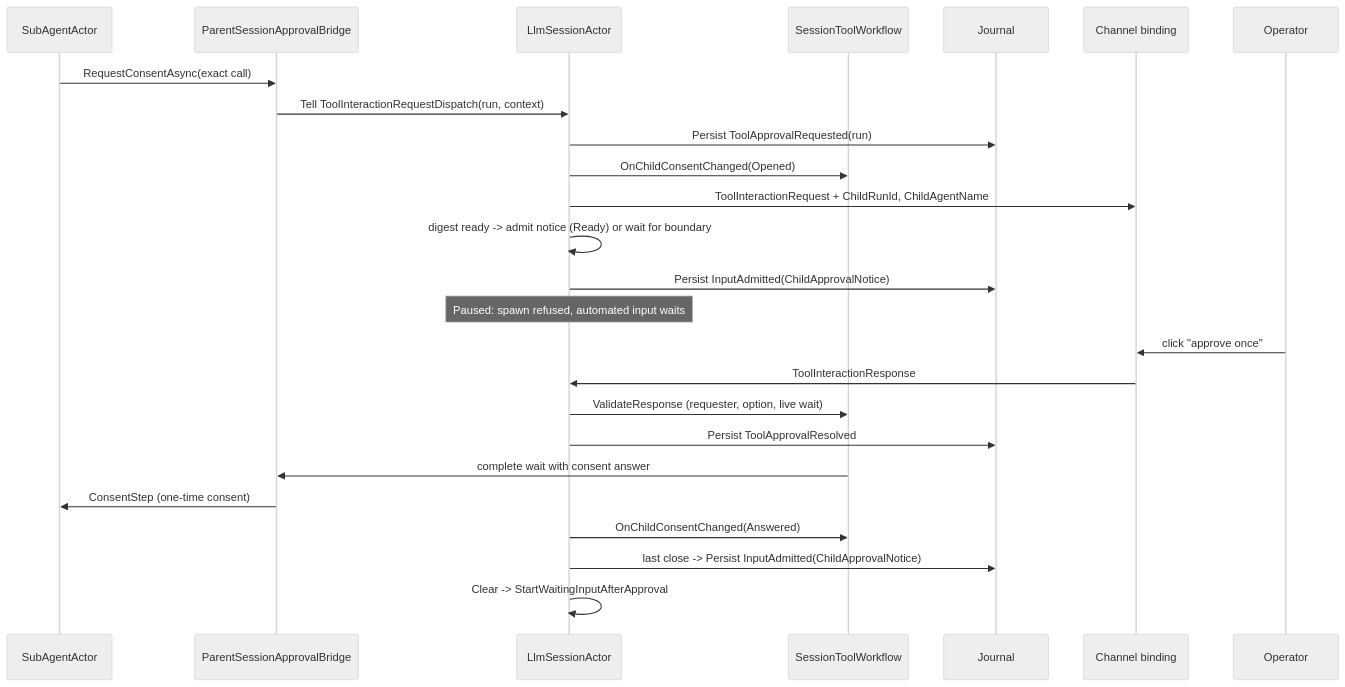
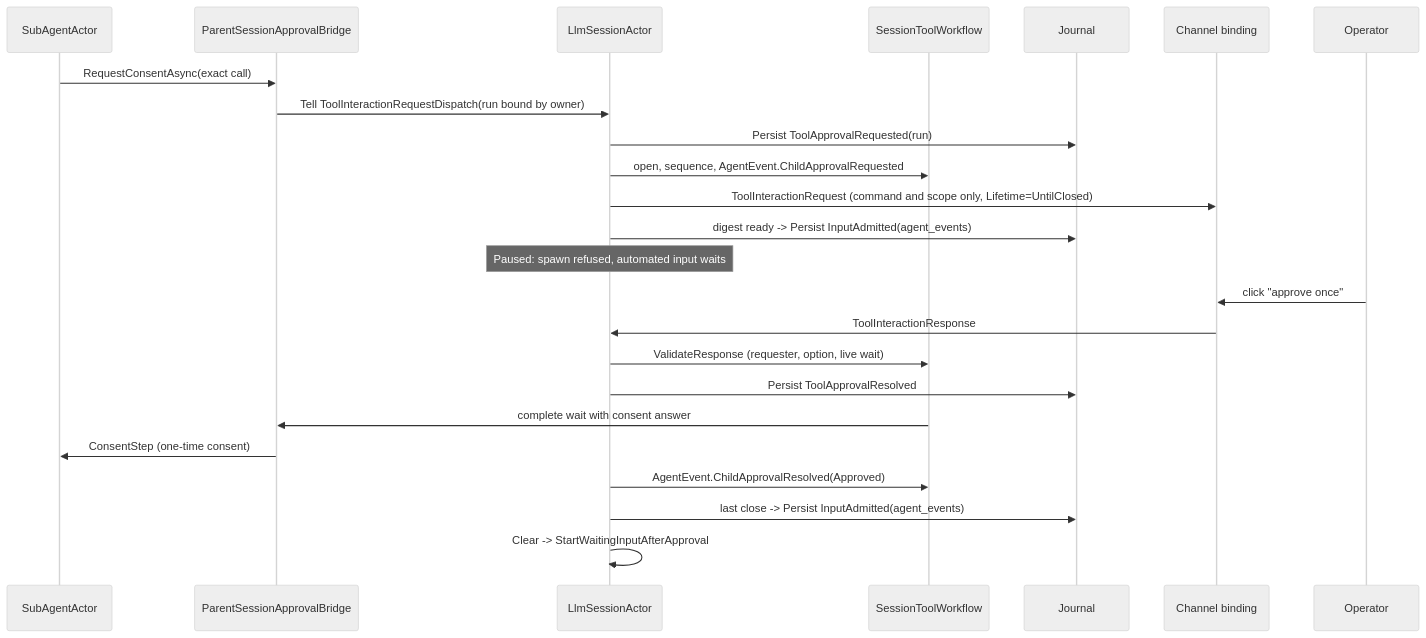
The third of 3 diagrams in openspec/changes/child-approval-events-and-parent-pause/design.md (netclaw-dev/netclaw), drawn with Mermaid (neutral theme) before and after one commit. The commit also changed other lines of this file and 1 other file, not shown here.

First line of the commit message:
Make the child consent design the start of a typed agent event channel

````diff
--- a/openspec/changes/child-approval-events-and-parent-pause/design.md
+++ b/openspec/changes/child-approval-events-and-parent-pause/design.md
@@ -247,27 +385,26 @@
 ```mermaid
 sequenceDiagram
     participant Child as SubAgentActor
     participant Bridge as ParentSessionApprovalBridge
     participant Parent as LlmSessionActor
     participant WF as SessionToolWorkflow
     participant J as Journal
     participant Ch as Channel binding
     participant Op as Operator
     Child->>Bridge: RequestConsentAsync(exact call)
-    Bridge->>Parent: Tell ToolInteractionRequestDispatch(run, context)
+    Bridge->>Parent: Tell ToolInteractionRequestDispatch(run bound by owner)
     Parent->>J: Persist ToolApprovalRequested(run)
-    Parent->>WF: OnChildConsentChanged(Opened)
-    Parent->>Ch: ToolInteractionRequest + ChildRunId, ChildAgentName
-    Parent->>Parent: digest ready -> admit notice (Ready) or wait for boundary
-    Parent->>J: Persist InputAdmitted(ChildApprovalNotice)
+    Parent->>WF: open, sequence, AgentEvent.ChildApprovalRequested
+    Parent->>Ch: ToolInteractionRequest (command and scope only, Lifetime=UntilClosed)
+    Parent->>J: digest ready -> Persist InputAdmitted(agent_events)
     Note over Parent: Paused: spawn refused, automated input waits
     Op->>Ch: click "approve once"
     Ch->>Parent: ToolInteractionResponse
     Parent->>WF: ValidateResponse (requester, option, live wait)
     Parent->>J: Persist ToolApprovalResolved
     WF->>Bridge: complete wait with consent answer
     Bridge->>Child: ConsentStep (one-time consent)
-    Parent->>WF: OnChildConsentChanged(Answered)
-    Parent->>J: last close -> Persist InputAdmitted(ChildApprovalNotice)
+    Parent->>WF: AgentEvent.ChildApprovalResolved(Approved)
+    Parent->>J: last close -> Persist InputAdmitted(agent_events)
     Parent->>Parent: Clear -> StartWaitingInputAfterApproval
 ```
````
